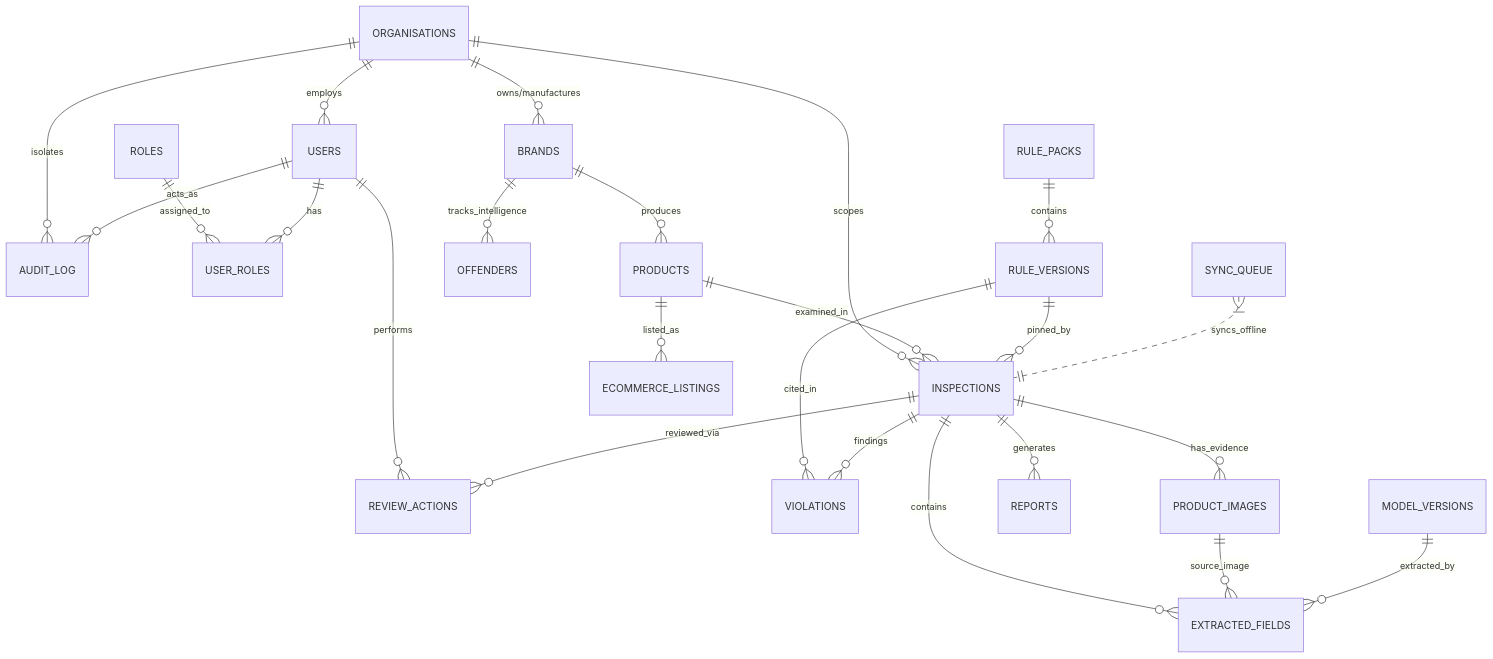
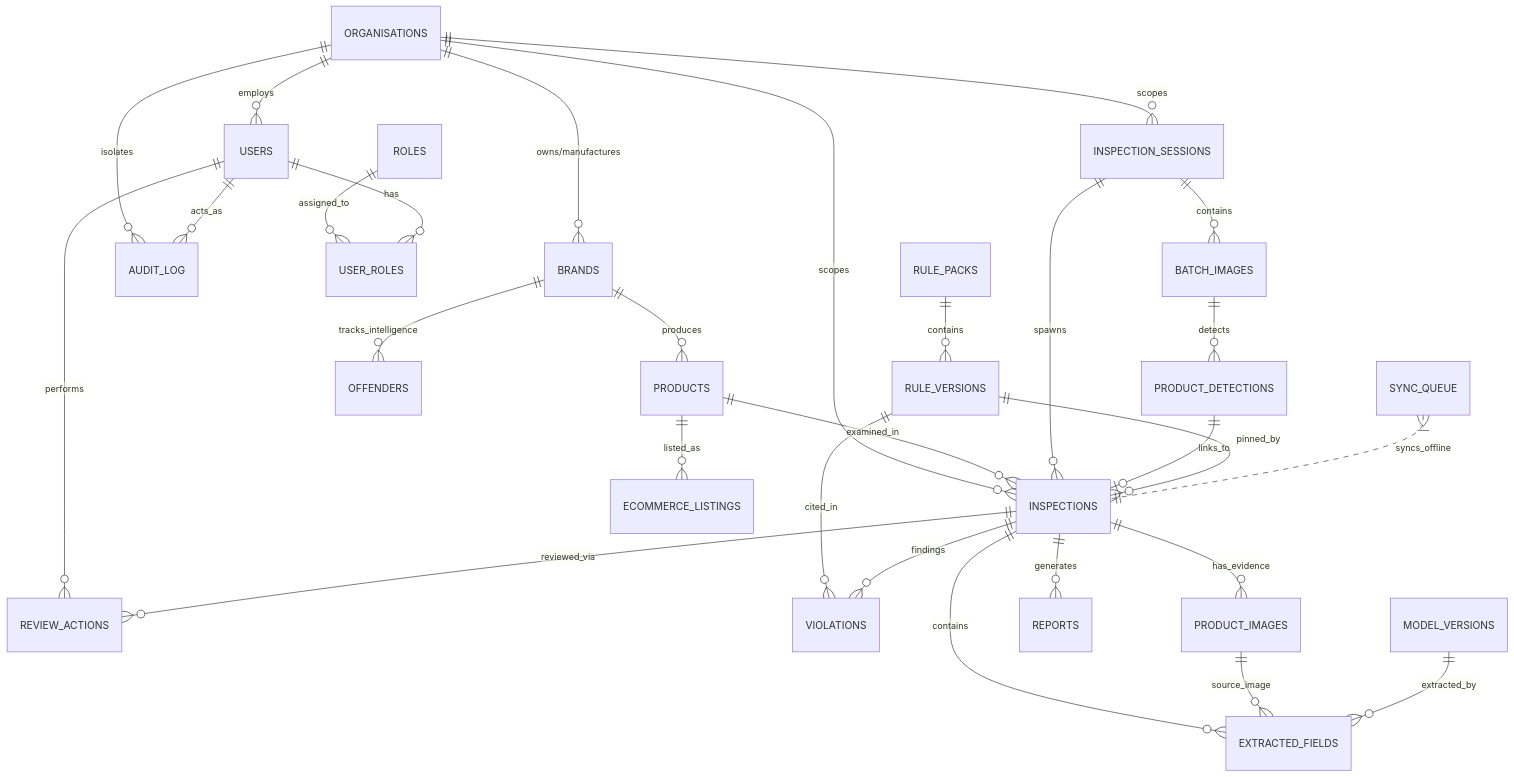
Before and after one commit to Alpha5635/Garuda: the diagram in README_DATABASE.md, drawn with Mermaid. The commit also changed 15 other files, not shown here.

````diff
--- a/README_DATABASE.md
+++ b/README_DATABASE.md
@@ -13,26 +13,31 @@
 ```mermaid
 erDiagram
     ORGANISATIONS ||--o{ USERS : "employs"
     ORGANISATIONS ||--o{ BRANDS : "owns/manufactures"
+    ORGANISATIONS ||--o{ INSPECTION_SESSIONS : "scopes"
     ORGANISATIONS ||--o{ INSPECTIONS : "scopes"
     ORGANISATIONS ||--o{ AUDIT_LOG : "isolates"
     ROLES ||--o{ USER_ROLES : "assigned_to"
     USERS ||--o{ USER_ROLES : "has"
     USERS ||--o{ AUDIT_LOG : "acts_as"
     USERS ||--o{ REVIEW_ACTIONS : "performs"
     BRANDS ||--o{ PRODUCTS : "produces"
     BRANDS ||--o{ OFFENDERS : "tracks_intelligence"
     PRODUCTS ||--o{ INSPECTIONS : "examined_in"
     PRODUCTS ||--o{ ECOMMERCE_LISTINGS : "listed_as"
+    INSPECTION_SESSIONS ||--o{ BATCH_IMAGES : "contains"
+    INSPECTION_SESSIONS ||--o{ INSPECTIONS : "spawns"
+    BATCH_IMAGES ||--o{ PRODUCT_DETECTIONS : "detects"
+    PRODUCT_DETECTIONS ||--o| INSPECTIONS : "links_to"
     RULE_PACKS ||--o{ RULE_VERSIONS : "contains"
     RULE_VERSIONS ||--o{ INSPECTIONS : "pinned_by"
     RULE_VERSIONS ||--o{ VIOLATIONS : "cited_in"
     INSPECTIONS ||--o{ PRODUCT_IMAGES : "has_evidence"
     INSPECTIONS ||--o{ EXTRACTED_FIELDS : "contains"
     INSPECTIONS ||--o{ VIOLATIONS : "findings"
     INSPECTIONS ||--o{ REVIEW_ACTIONS : "reviewed_via"
     INSPECTIONS ||--o{ REPORTS : "generates"
     PRODUCT_IMAGES ||--o{ EXTRACTED_FIELDS : "source_image"
     MODEL_VERSIONS ||--o{ EXTRACTED_FIELDS : "extracted_by"
     SYNC_QUEUE }|..|| INSPECTIONS : "syncs_offline"
 ```
````
